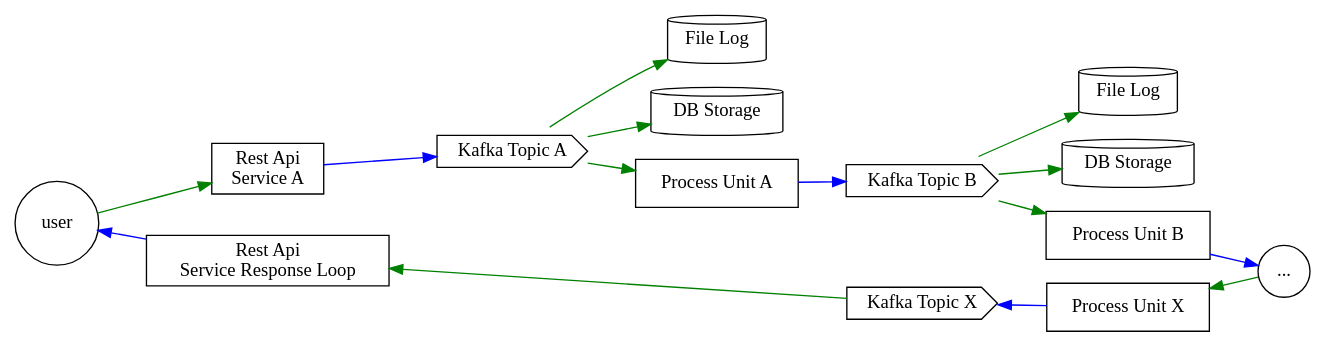
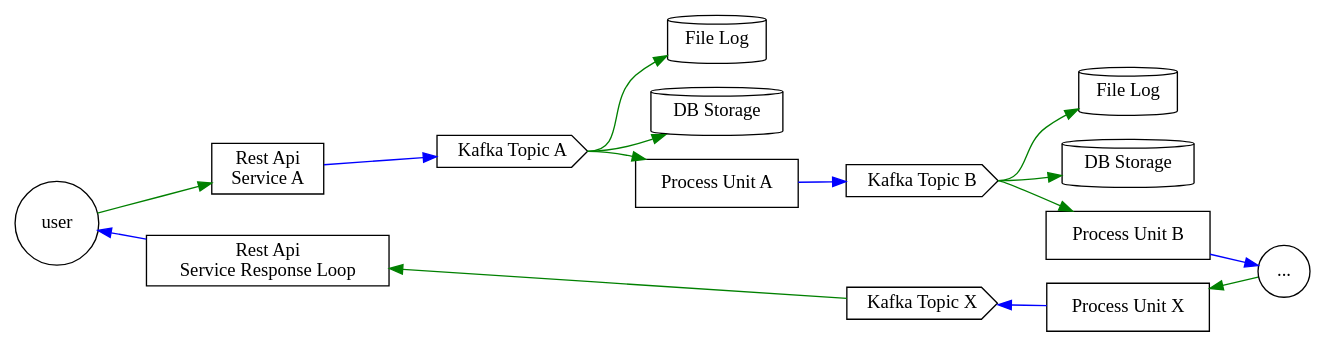
The diagram in graphviz/kafka-decouple.dot (redsnapper2006/arch_thinking), drawn with Graphviz before and after one commit. The commit also changed 1 other file, not shown here.

```diff
--- a/graphviz/kafka-decouple.dot
+++ b/graphviz/kafka-decouple.dot
@@ -1,32 +1,32 @@
 digraph kafka_decouple {
   rankdir=LR
   overlap=false
   user [shape=circle label="user"]
   restApiServiceA [shape=box label="Rest Api \nService A"]
   kafkaTopicA [shape=cds label="Kafka Topic A"]
   fileLogA [shape=cylinder label="File Log"]
   dbStorageA [shape=cylinder label="DB Storage"]
   processUnitA [shape=box label="Process Unit A"]
   kafkaTopicB [shape=cds label="Kafka Topic B"]
   fileLogB [shape=cylinder label="File Log"]
   dbStorageB [shape=cylinder label="DB Storage"]
   processUnitB [shape=box label="Process Unit B"]
   response [shape=circle label="..."]
   processUnitX [shape=box label="Process Unit X"]
   kafkaTopicX [shape=cds label="Kafka Topic X"]
   restApiServiceResponseLoop [shape=box label="Rest Api \nService Response Loop"]
 
   user -> restApiServiceA [color="green"]
   restApiServiceA -> kafkaTopicA [color="blue"]
-  kafkaTopicA -> {fileLogA, dbStorageA, processUnitA} [color="green"]
+  kafkaTopicA:e -> {fileLogA:w, dbStorageA:w, processUnitA:w} [color="green"]
   processUnitA -> kafkaTopicB [color="blue"]
-  kafkaTopicB -> {fileLogB, dbStorageB, processUnitB} [color="green"]
+  kafkaTopicB:e -> {fileLogB:w, dbStorageB:w, processUnitB:w} [color="green"]
   processUnitB -> response [color="blue"]
   response -> processUnitX [color="green"]
   processUnitX -> kafkaTopicX [color="blue"]
   kafkaTopicX -> restApiServiceResponseLoop [color="green"]
   restApiServiceResponseLoop -> user [color="blue"]
   { rank="same"; processUnitX; processUnitB; }
   { rank="same"; kafkaTopicX; kafkaTopicB; }
   { rank="same"; restApiServiceResponseLoop; restApiServiceA; }
 }
```
